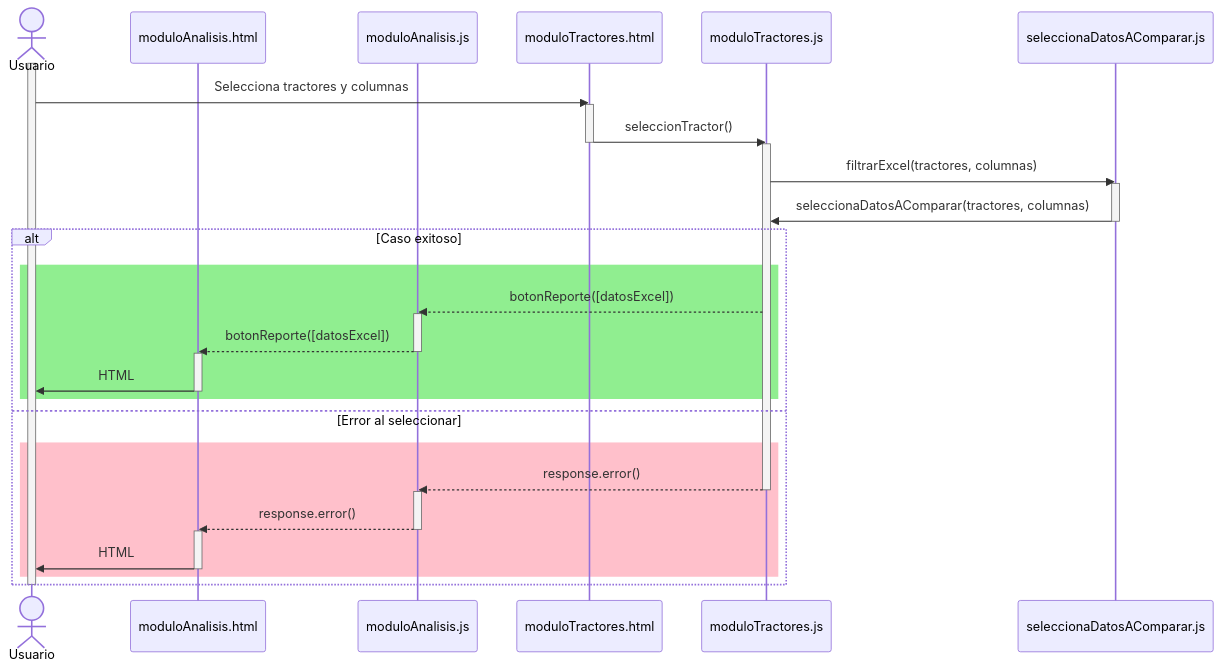
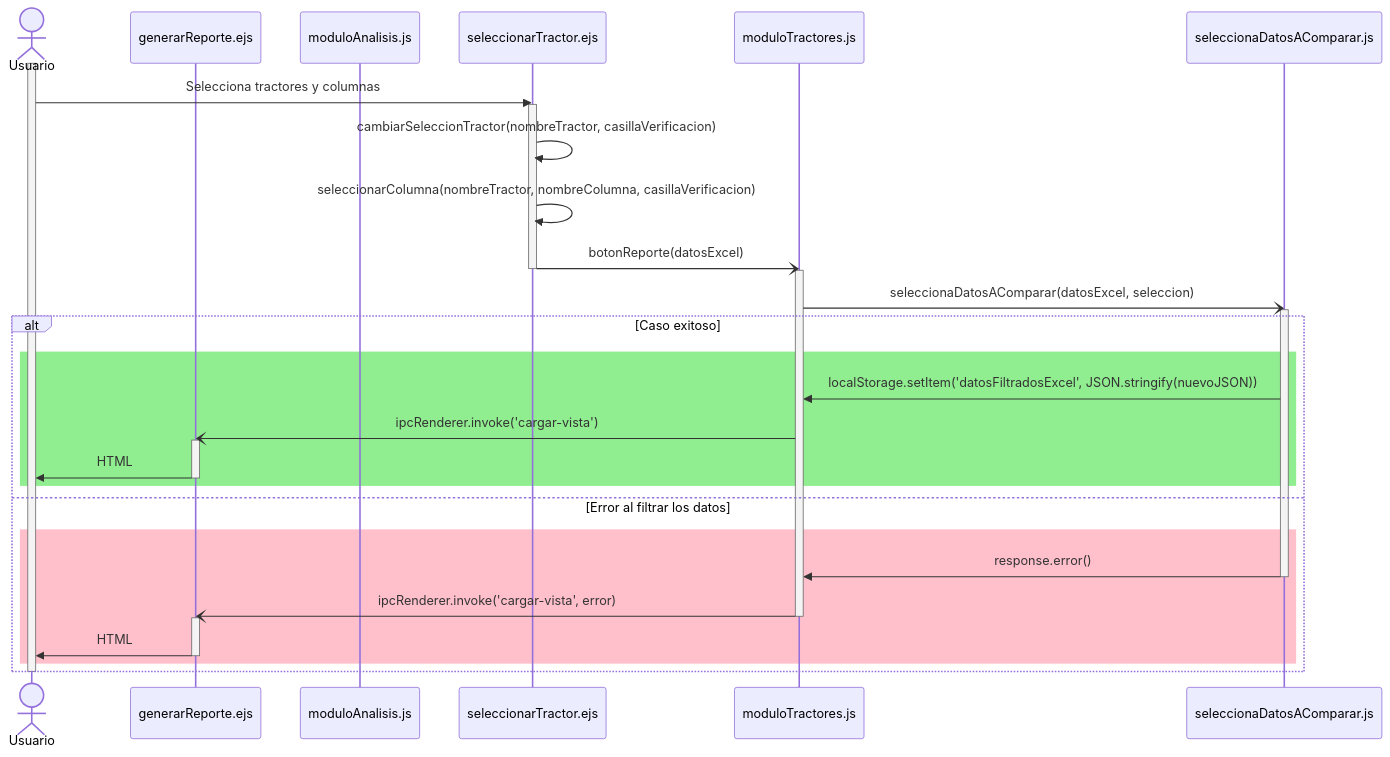
The diagram in documentation/docs/proyectos/tractores/documentacion/requisitos/RF14.md (CodeAnd-Co/Documentacion), drawn with Mermaid before and after one commit. The commit also changed 1 other file, not shown here.

Commit message:
Corregir diagrama de secuencia RF14

````diff
--- a/documentation/docs/proyectos/tractores/documentacion/requisitos/RF14.md
+++ b/documentation/docs/proyectos/tractores/documentacion/requisitos/RF14.md
@@ -27,44 +27,41 @@
 ```mermaid
 sequenceDiagram
     actor Usuario
-    participant vistaAnalisis as moduloAnalisis.html
+    participant vistaAnalisis as generarReporte.ejs
     participant utilAnalisis as moduloAnalisis.js
-    participant vistaTractores as moduloTractores.html
-    participant utilTractores as moduloTractores.js
+    participant vistaTractores as seleccionarTractor.ejs
+    participant moduloTractores as moduloTractores.js
     participant usecase as seleccionaDatosAComparar.js
 
     activate Usuario
     Usuario->>vistaTractores: Selecciona tractores y columnas
     activate vistaTractores
-    vistaTractores->>utilTractores: seleccionTractor()
+    vistaTractores->>vistaTractores: cambiarSeleccionTractor(nombreTractor, casillaVerificacion)
+    vistaTractores->>vistaTractores: seleccionarColumna(nombreTractor, nombreColumna, casillaVerificacion)
+    vistaTractores-)moduloTractores: botonReporte(datosExcel)
     deactivate vistaTractores
-    activate utilTractores
-    utilTractores->>usecase: filtrarExcel(tractores, columnas)
+    activate moduloTractores
+    moduloTractores-)usecase: seleccionaDatosAComparar(datosExcel, seleccion)
     activate usecase
-    usecase->>utilTractores: seleccionaDatosAComparar(tractores, columnas)
-    deactivate usecase
     alt Caso exitoso
       rect Lightgreen    
-      utilTractores-->>utilAnalisis: botonReporte([datosExcel])
-      activate utilAnalisis
-      utilAnalisis-->>vistaAnalisis: botonReporte([datosExcel])
-      deactivate utilAnalisis
+      usecase->>moduloTractores: localStorage.setItem('datosFiltradosExcel', JSON.stringify(nuevoJSON));
+      moduloTractores-)vistaAnalisis: ipcRenderer.invoke('cargar-vista');
       activate vistaAnalisis
       vistaAnalisis->>Usuario: HTML
       deactivate vistaAnalisis
       end
-    else Error al seleccionar
+    else Error al filtrar los datos
       rect Pink
-      utilTractores-->>utilAnalisis: response.error()
-      deactivate utilTractores
-      activate utilAnalisis
-      utilAnalisis-->>vistaAnalisis: response.error()
-      deactivate utilAnalisis
+      usecase->>moduloTractores: response.error()
+      deactivate usecase
+      moduloTractores-)vistaAnalisis: ipcRenderer.invoke('cargar-vista', error);
+      deactivate moduloTractores
       activate vistaAnalisis
       vistaAnalisis->>Usuario: HTML
       deactivate vistaAnalisis
       end
     end
     deactivate Usuario
     
 ```
````
